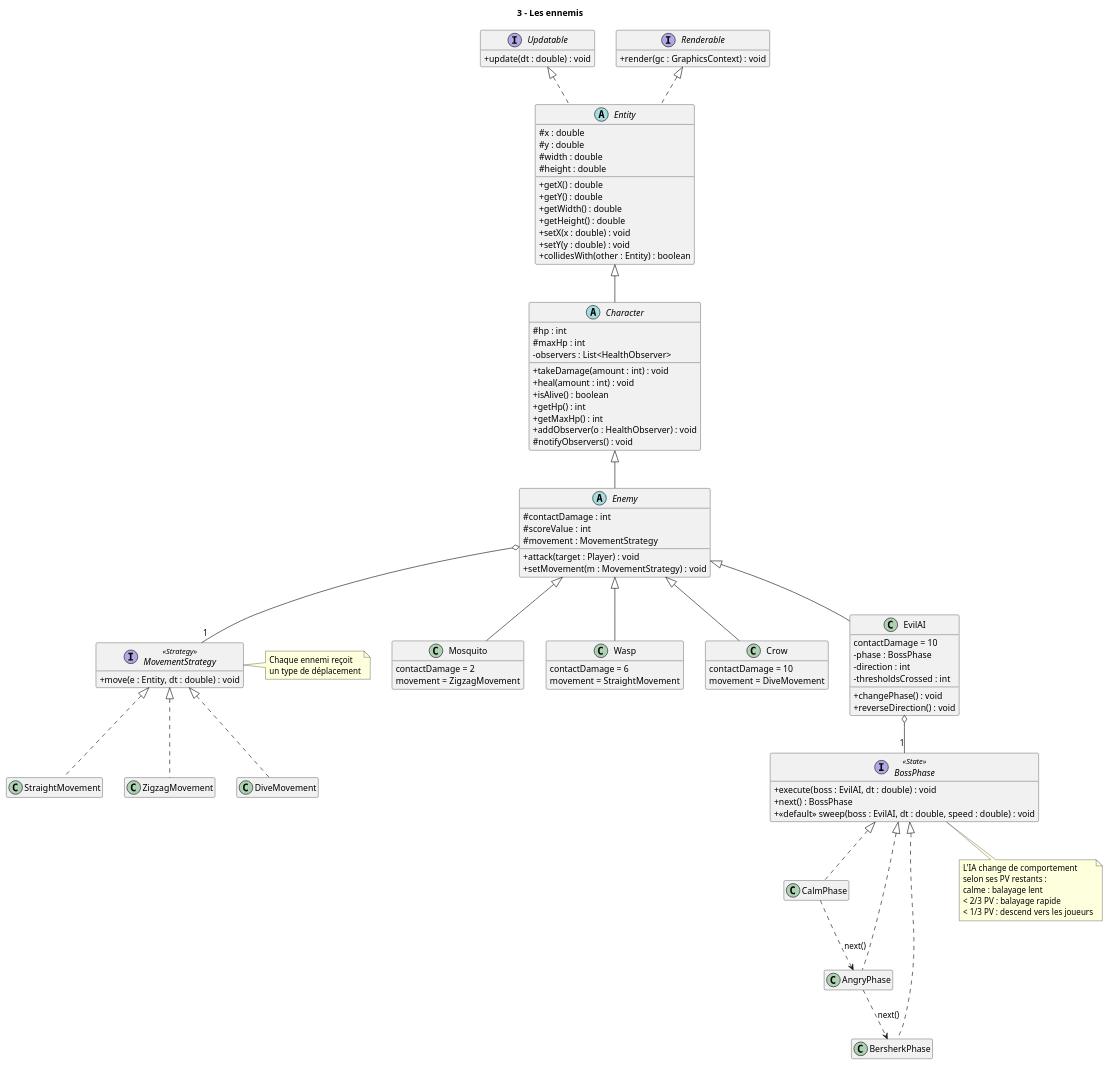
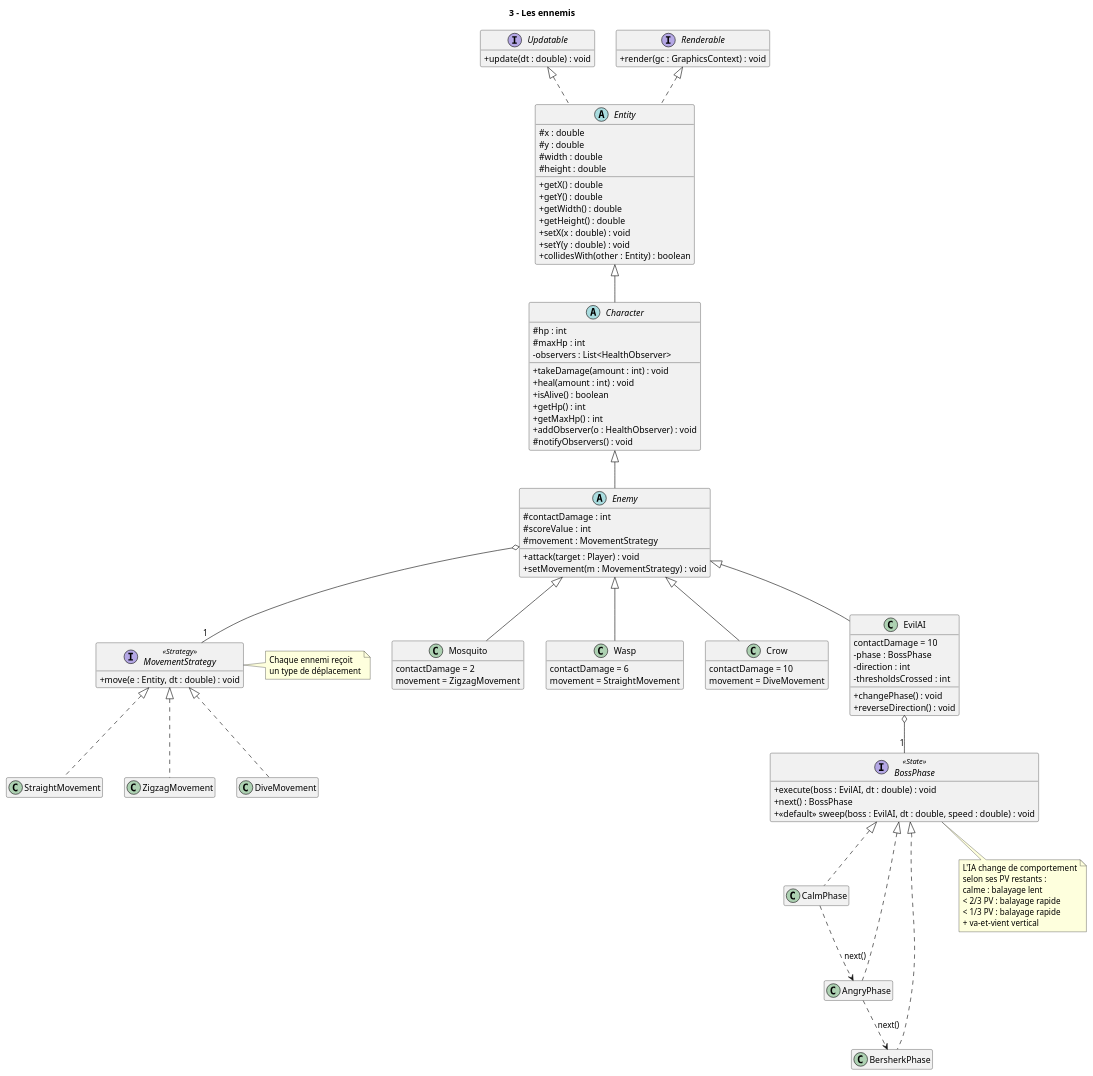
The diagram in Docs/Diagrammes/3_ennemis.puml (MeghCH/2d-Game-Natural-Fatal-IA), drawn with PlantUML before and after one commit. The commit also changed 9 other files, not shown here.

```diff
--- a/Docs/Diagrammes/3_ennemis.puml
+++ b/Docs/Diagrammes/3_ennemis.puml
@@ -1,128 +1,129 @@
 @startuml 3_ennemis
 title 3 - Les ennemis
 
 skinparam classAttributeIconSize 0
 skinparam shadowing false
 hide empty members
 
 interface Updatable {
   + update(dt : double) : void
 }
 
 interface Renderable {
   + render(gc : GraphicsContext) : void
 }
 
 abstract class Entity {
   # x : double
   # y : double
   # width : double
   # height : double
   + getX() : double
   + getY() : double
   + getWidth() : double
   + getHeight() : double
   + setX(x : double) : void
   + setY(y : double) : void
   + collidesWith(other : Entity) : boolean
 }
 
 abstract class Character {
   # hp : int
   # maxHp : int
   - observers : List<HealthObserver>
   + takeDamage(amount : int) : void
   + heal(amount : int) : void
   + isAlive() : boolean
   + getHp() : int
   + getMaxHp() : int
   + addObserver(o : HealthObserver) : void
   # notifyObservers() : void
 }
 
 abstract class Enemy {
   # contactDamage : int
   # scoreValue : int
   # movement : MovementStrategy
   + attack(target : Player) : void
   + setMovement(m : MovementStrategy) : void
 }
 
 class Mosquito {
   contactDamage = 2
   movement = ZigzagMovement
 }
 
 class Wasp {
   contactDamage = 6
   movement = StraightMovement
 }
 
 class Crow {
   contactDamage = 10
   movement = DiveMovement
 }
 
 class EvilAI {
   contactDamage = 10
   - phase : BossPhase
   - direction : int
   - thresholdsCrossed : int
   + changePhase() : void
   + reverseDirection() : void
 }
 
 interface MovementStrategy <<Strategy>> {
   + move(e : Entity, dt : double) : void
 }
 
 class StraightMovement
 class ZigzagMovement
 class DiveMovement
 
 interface BossPhase <<State>> {
   + execute(boss : EvilAI, dt : double) : void
   + next() : BossPhase
   + <<default>> sweep(boss : EvilAI, dt : double, speed : double) : void
 }
 
 class CalmPhase
 class AngryPhase
 class BersherkPhase
 
 Updatable  <|.. Entity
 Renderable <|.. Entity
 Entity <|-- Character
 Character <|-- Enemy
 
 Enemy <|-- Mosquito
 Enemy <|-- Wasp
 Enemy <|-- Crow
 Enemy <|-- EvilAI
 
 Enemy o-- "1" MovementStrategy
 MovementStrategy <|.. StraightMovement
 MovementStrategy <|.. ZigzagMovement
 MovementStrategy <|.. DiveMovement
 
 EvilAI o-- "1" BossPhase
 BossPhase <|.. CalmPhase
 BossPhase <|.. AngryPhase
 BossPhase <|.. BersherkPhase
 CalmPhase ..> AngryPhase : next()
 AngryPhase ..> BersherkPhase : next()
 
 note right of MovementStrategy
   Chaque ennemi reçoit
   un type de déplacement
 end note
 
 note bottom of BossPhase
   L'IA change de comportement
   selon ses PV restants :
   calme : balayage lent
   < 2/3 PV : balayage rapide
-  < 1/3 PV : descend vers les joueurs
+  < 1/3 PV : balayage rapide
+  + va-et-vient vertical
 end note
 
 @enduml
```
